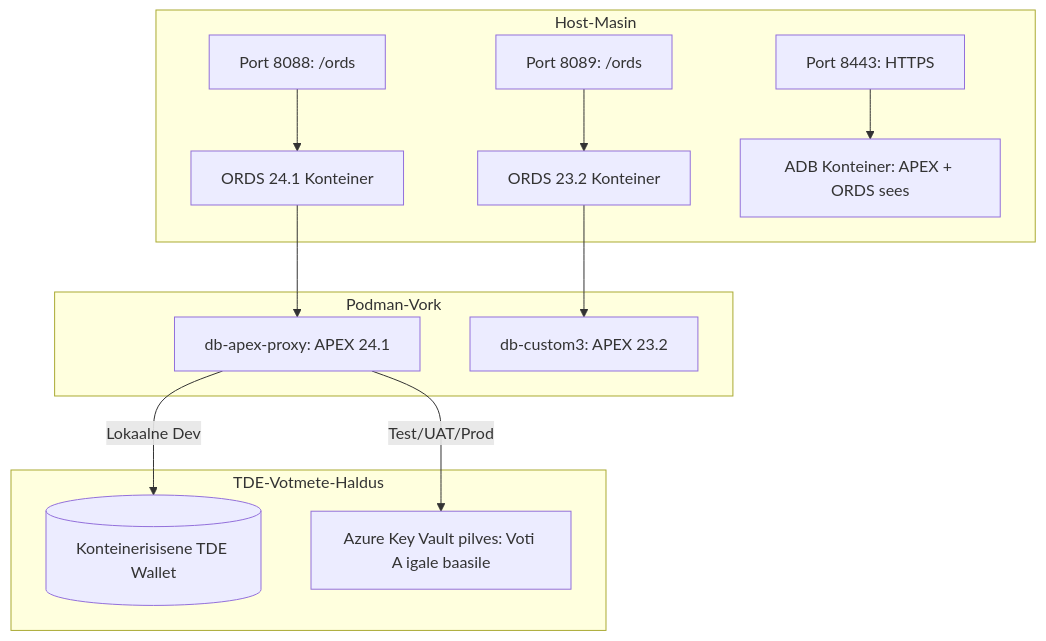
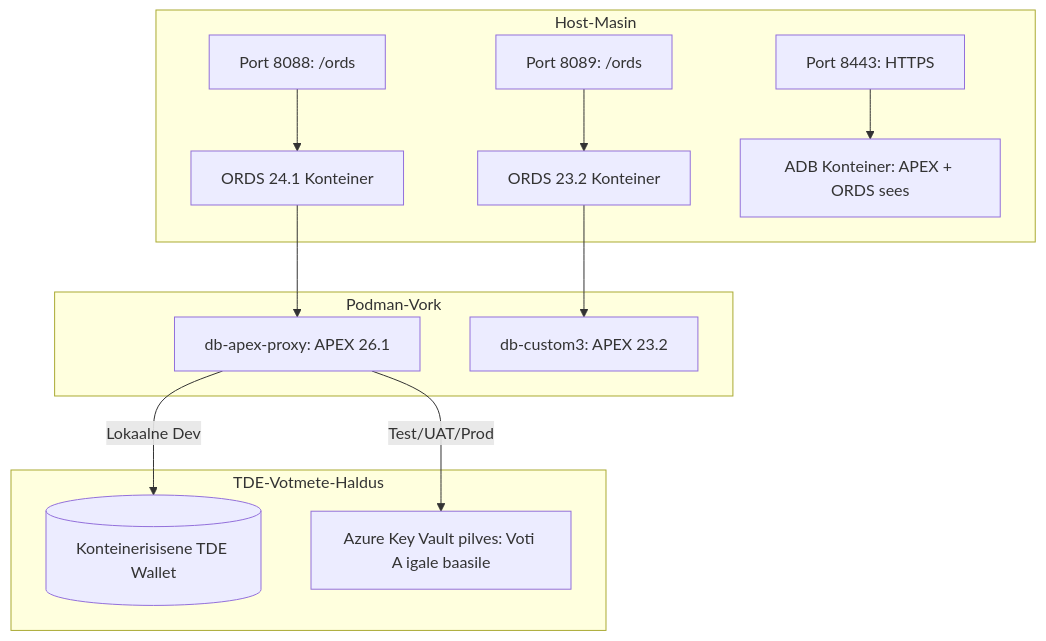
One commit to alahe/oracle-devops-platform changed the second of 2 diagrams in README.md. Above: the diagram before and after it, drawn with Mermaid. The commit also changed other lines of this file and 94 other files, not shown here.

````diff
--- a/README.md
+++ b/README.md
@@ -115,18 +115,18 @@
 ```mermaid
 graph TD
     subgraph HOST_MASIN ["Host-Masin"]
         HostPort8088[Port 8088: /ords] --> ORDS_Dev[ORDS 24.1 Konteiner]
         HostPort8089[Port 8089: /ords] --> ORDS_Custom3[ORDS 23.2 Konteiner]
         HostPort8443[Port 8443: HTTPS] --> ADB_Proxy[ADB Konteiner: APEX + ORDS sees]
     end
 
     subgraph PODMAN_VORK ["Podman-Vork"]
-        ORDS_Dev --> DB_Proxy[db-apex-proxy: APEX 24.1]
+        ORDS_Dev --> DB_Proxy[db-apex-proxy: APEX 26.1]
         ORDS_Custom3 --> DB_Custom3[db-custom3: APEX 23.2]
     end
 
     subgraph TDE_VOTMED ["TDE-Votmete-Haldus"]
         DB_Proxy -- Lokaalne Dev --> LocalWallet[(Konteinerisisene TDE Wallet)]
         DB_Proxy -- Test/UAT/Prod --> AzureKV[Azure Key Vault pilves: Voti A igale baasile]
     end
 ```
````
